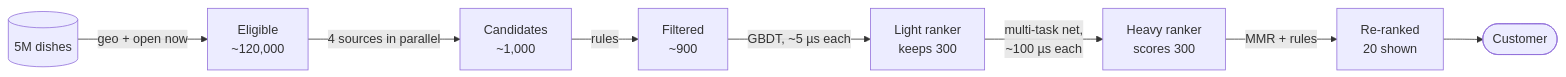
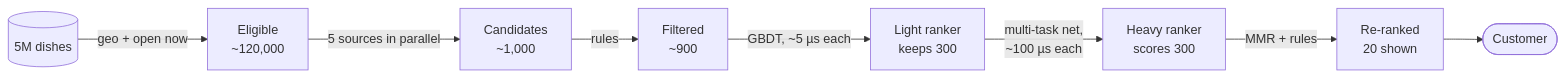
One commit to Sampath1-1-1/System-Design changed the second of 14 diagrams in manuscript/book2-ml-ai/68-recommendation-architecture.md. Above: the diagram before and after it, drawn with Mermaid. The commit also changed other lines of this file and 19 other files, not shown here.

````diff
--- a/manuscript/book2-ml-ai/68-recommendation-architecture.md
+++ b/manuscript/book2-ml-ai/68-recommendation-architecture.md
@@ -143,10 +143,10 @@
 ```mermaid
 flowchart LR
   CAT[(5M dishes)] -->|geo + open now| EL["Eligible<br/>~120,000"]
-  EL -->|4 sources in parallel| CG["Candidates<br/>~1,000"]
+  EL -->|5 sources in parallel| CG["Candidates<br/>~1,000"]
   CG -->|rules| FI["Filtered<br/>~900"]
   FI -->|GBDT, ~5 µs each| LR["Light ranker<br/>keeps 300"]
   LR -->|multi-task net,<br/>~100 µs each| HR["Heavy ranker<br/>scores 300"]
   HR -->|MMR + rules| RR["Re-ranked<br/>20 shown"]
   RR --> C([Customer])
 ```
````
